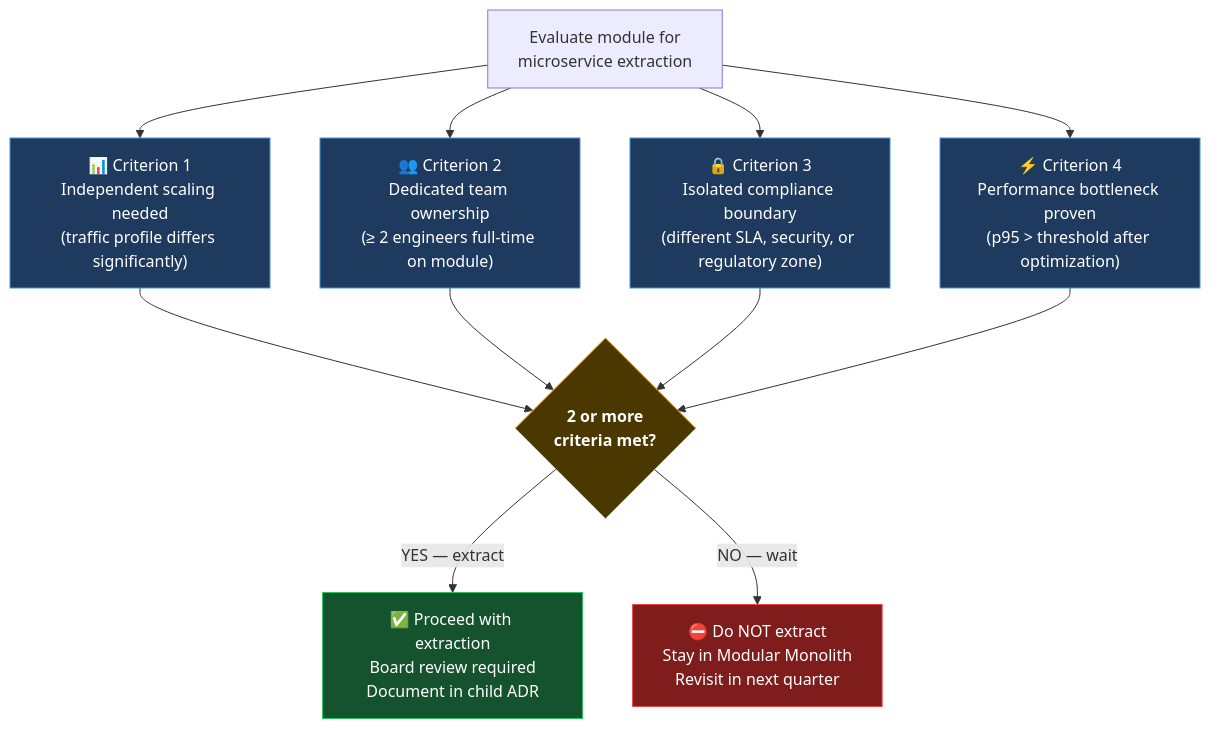
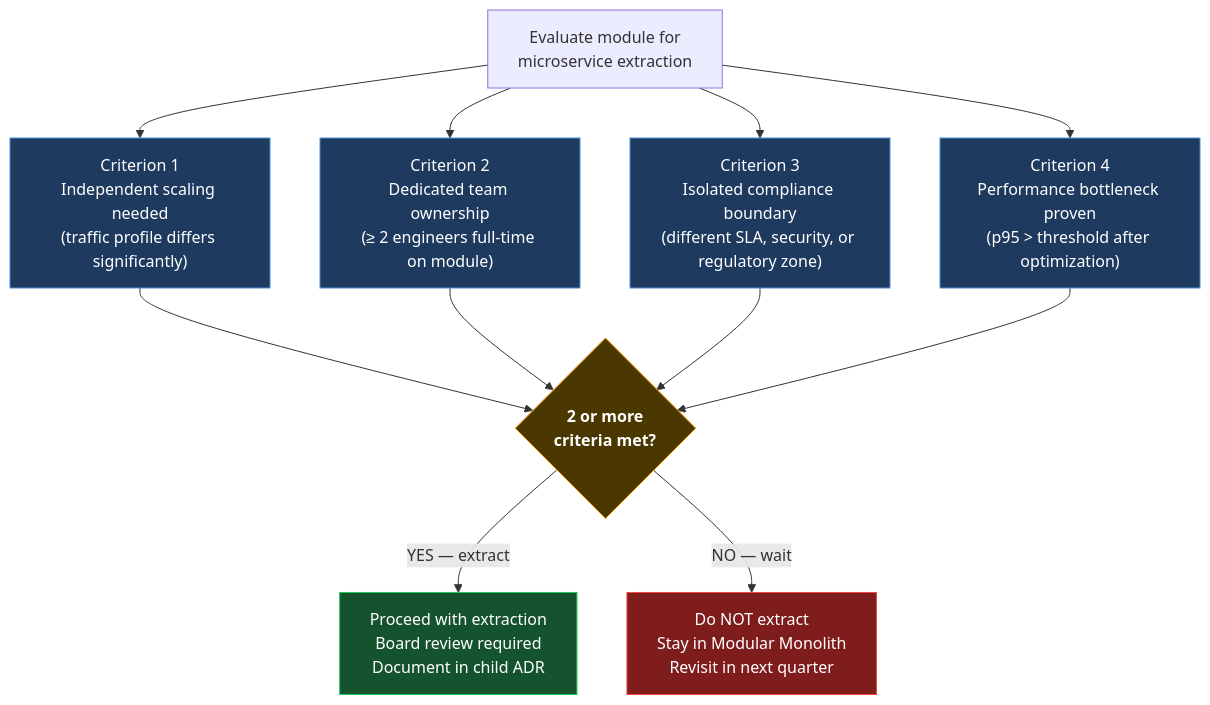
The third of 4 diagrams in reference/governance/standards/communication/visuals/v02-progressive-journey.md (beyondnetcode/evolith_arch32), drawn with Mermaid before and after one commit. The commit also changed other lines of this file and 41 other files, not shown here.

````diff
--- a/reference/governance/standards/communication/visuals/v02-progressive-journey.md
+++ b/reference/governance/standards/communication/visuals/v02-progressive-journey.md
@@ -85,29 +85,29 @@
 ```mermaid
 flowchart TD
     classDef criterion fill:#1e3a5f,stroke:#4a90d9,color:#fff
     classDef gate fill:#4a3800,stroke:#f59e0b,color:#fff,font-weight:bold
     classDef pass fill:#14532d,stroke:#22c55e,color:#fff
     classDef fail fill:#7f1d1d,stroke:#ef4444,color:#fff
 
     EVAL["Evaluate module for\nmicroservice extraction"]
 
-    C1["📊 Criterion 1\nIndependent scaling needed\n(traffic profile differs significantly)"]:::criterion
-    C2["👥 Criterion 2\nDedicated team ownership\n(≥ 2 engineers full-time on module)"]:::criterion
-    C3["🔒 Criterion 3\nIsolated compliance boundary\n(different SLA, security, or regulatory zone)"]:::criterion
-    C4["⚡ Criterion 4\nPerformance bottleneck proven\n(p95 > threshold after optimization)"]:::criterion
+    C1[" Criterion 1\nIndependent scaling needed\n(traffic profile differs significantly)"]:::criterion
+    C2[" Criterion 2\nDedicated team ownership\n(≥ 2 engineers full-time on module)"]:::criterion
+    C3[" Criterion 3\nIsolated compliance boundary\n(different SLA, security, or regulatory zone)"]:::criterion
+    C4[" Criterion 4\nPerformance bottleneck proven\n(p95 > threshold after optimization)"]:::criterion
 
     EVAL --> C1
     EVAL --> C2
     EVAL --> C3
     EVAL --> C4
 
     GATE{"2 or more\ncriteria met?"}:::gate
 
     C1 --> GATE
     C2 --> GATE
     C3 --> GATE
     C4 --> GATE
 
-    GATE -->|YES — extract| PASS["✅ Proceed with extraction\nBoard review required\nDocument in child ADR"]:::pass
-    GATE -->|NO — wait| FAIL["⛔ Do NOT extract\nStay in Modular Monolith\nRevisit in next quarter"]:::fail
+    GATE -->|YES — extract| PASS[" Proceed with extraction\nBoard review required\nDocument in child ADR"]:::pass
+    GATE -->|NO — wait| FAIL[" Do NOT extract\nStay in Modular Monolith\nRevisit in next quarter"]:::fail
 ```
````
